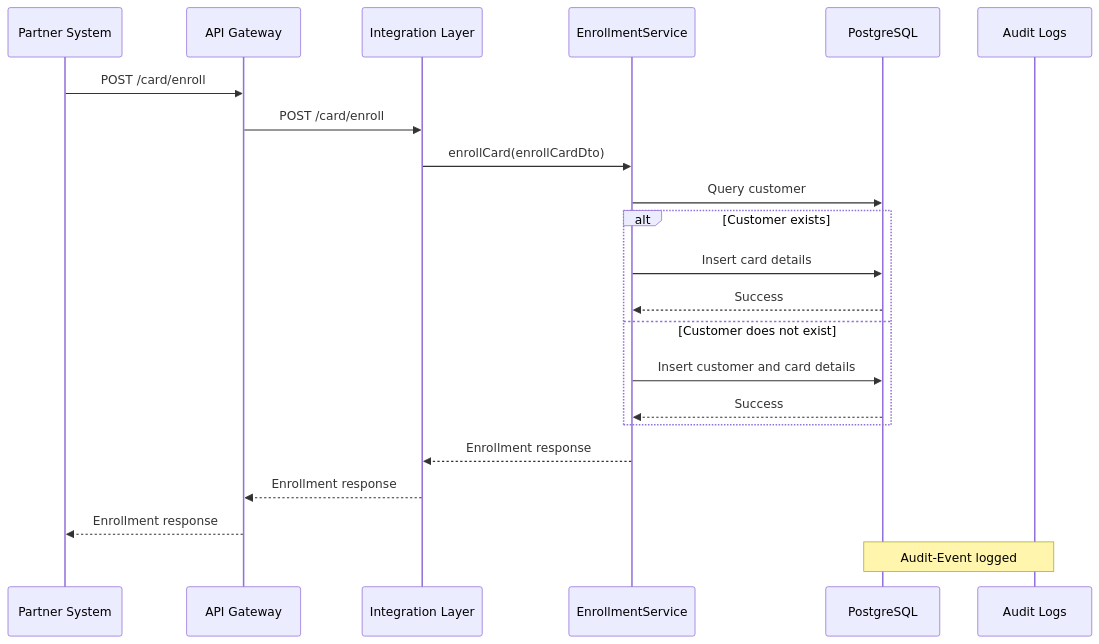
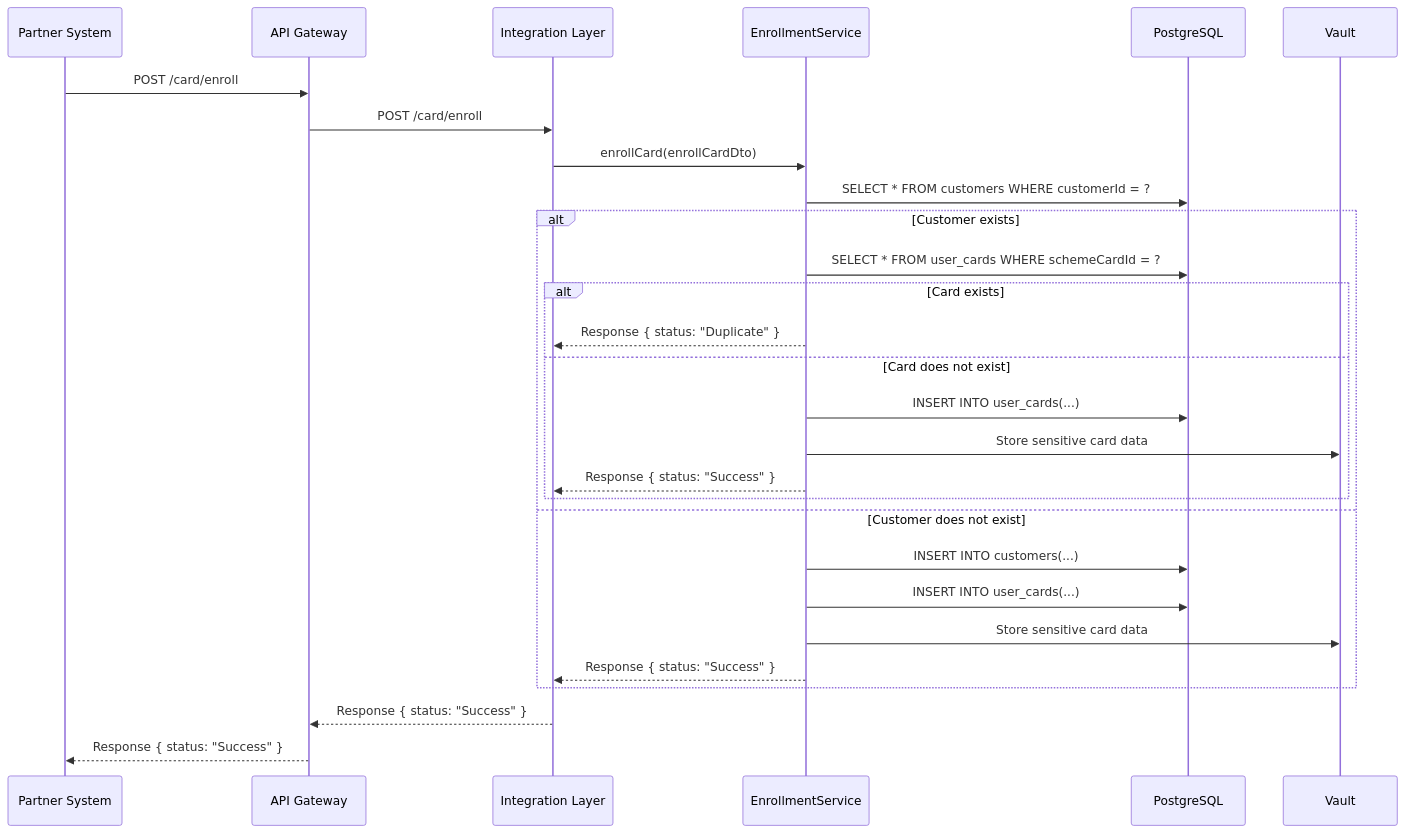
Before and after one commit to nandhini9074-create/demo7-enrollment: the first of 2 diagrams in docs/architecture.md, drawn with Mermaid. The commit also changed other lines of this file and 5 other files, not shown here.

````diff
--- a/docs/architecture.md
+++ b/docs/architecture.md
@@ -40,25 +33,31 @@
 ```mermaid
 sequenceDiagram
-  participant partner as Partner System
-  participant apiGw as API Gateway
-  participant integrationLayer as Integration Layer
-  participant enrollmentSvc as EnrollmentService
-  participant db as PostgreSQL
-  participant logs as Audit Logs
+    participant partner as Partner System
+    participant apiGw as API Gateway
+    participant integrationLayer as Integration Layer
+    participant enrollmentSvc as EnrollmentService
+    participant postgres as PostgreSQL
+    participant vault as Vault
 
-  partner->>apiGw: POST /card/enroll
-  apiGw->>integrationLayer: POST /card/enroll
-  integrationLayer->>enrollmentSvc: enrollCard(enrollCardDto)
-  enrollmentSvc->>db: Query customer
-  alt Customer exists
-    enrollmentSvc->>db: Insert card details
-    db-->>enrollmentSvc: Success
-  else Customer does not exist
-    enrollmentSvc->>db: Insert customer and card details
-    db-->>enrollmentSvc: Success
-  end
-  enrollmentSvc-->>integrationLayer: Enrollment response
-  integrationLayer-->>apiGw: Enrollment response
-  apiGw-->>partner: Enrollment response
-  Note over db,logs: Audit-Event logged
+    partner ->> apiGw: POST /card/enroll
+    apiGw ->> integrationLayer: POST /card/enroll
+    integrationLayer ->> enrollmentSvc: enrollCard(enrollCardDto)
+    enrollmentSvc ->> postgres: SELECT * FROM customers WHERE customerId = ?
+    alt Customer exists
+        enrollmentSvc ->> postgres: SELECT * FROM user_cards WHERE schemeCardId = ?
+        alt Card exists
+            enrollmentSvc -->> integrationLayer: Response { status: "Duplicate" }
+        else Card does not exist
+            enrollmentSvc ->> postgres: INSERT INTO user_cards(...)
+            enrollmentSvc ->> vault: Store sensitive card data
+            enrollmentSvc -->> integrationLayer: Response { status: "Success" }
+        end
+    else Customer does not exist
+        enrollmentSvc ->> postgres: INSERT INTO customers(...)
+        enrollmentSvc ->> postgres: INSERT INTO user_cards(...)
+        enrollmentSvc ->> vault: Store sensitive card data
+        enrollmentSvc -->> integrationLayer: Response { status: "Success" }
+    end
+    integrationLayer -->> apiGw: Response { status: "Success" }
+    apiGw -->> partner: Response { status: "Success" }
 ```
````
